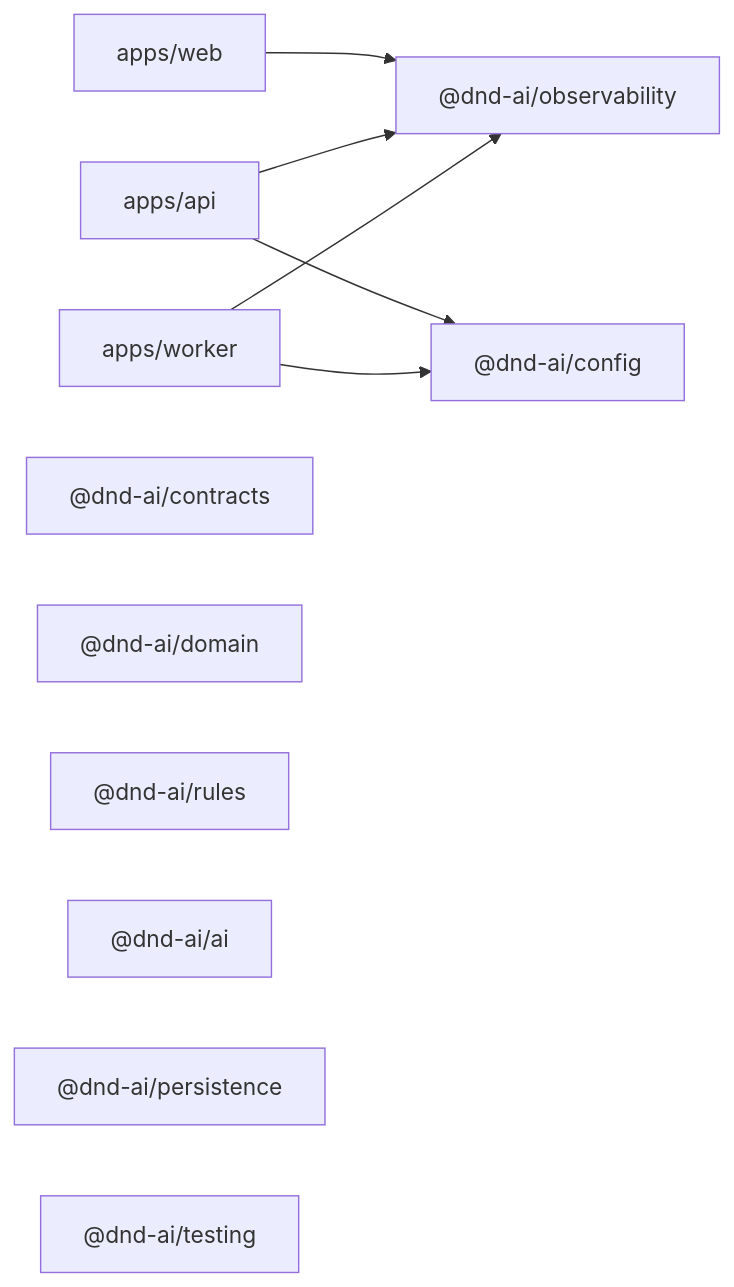
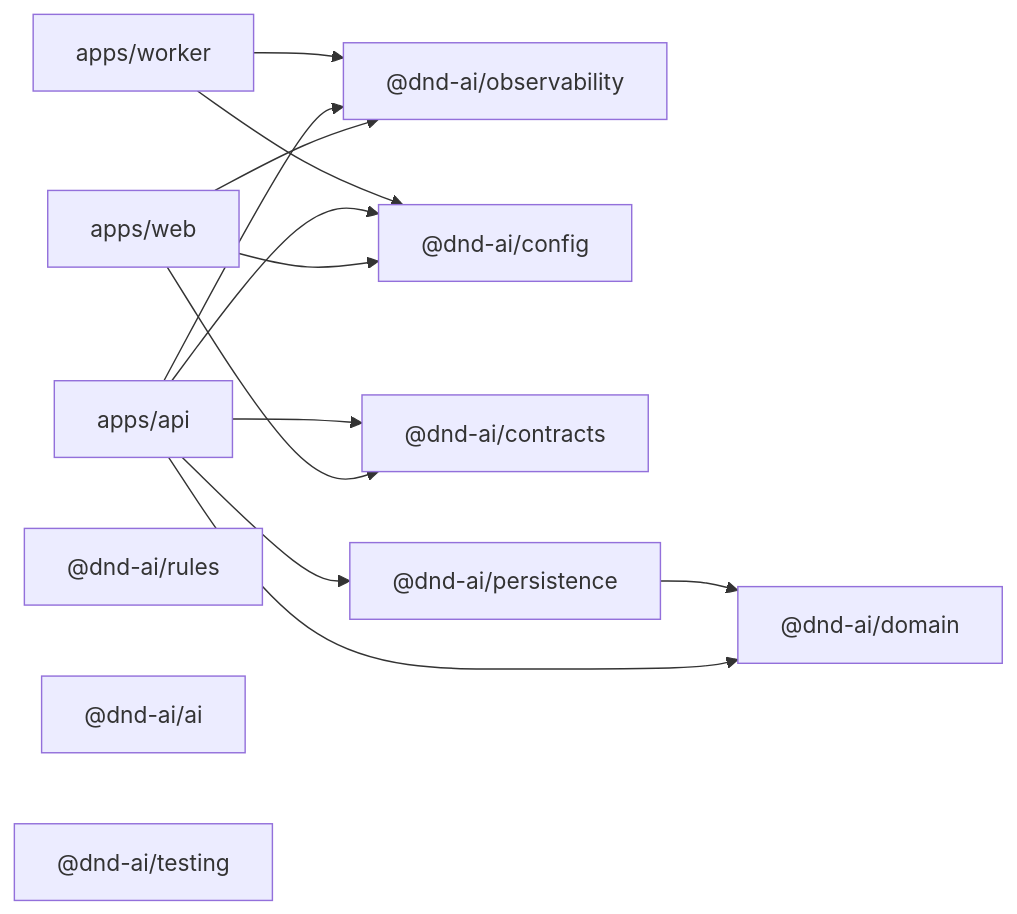
One commit to Emacore17/dnd-ai changed the first of 3 diagrams in docs/architecture/SYSTEM_OVERVIEW.md. Above: the diagram before and after it, drawn with Mermaid. The commit also changed other lines of this file and 130 other files, not shown here.

````diff
--- a/docs/architecture/SYSTEM_OVERVIEW.md
+++ b/docs/architecture/SYSTEM_OVERVIEW.md
@@ -96,14 +100,17 @@
 ```mermaid
 flowchart LR
     WEB["apps/web"] --> OBS["@dnd-ai/observability"]
+    WEB --> CFG["@dnd-ai/config"]
+    WEB --> CONTRACTS["@dnd-ai/contracts"]
     API["apps/api"] --> CFG["@dnd-ai/config"]
+    API --> CONTRACTS
+    API --> DOMAIN["@dnd-ai/domain"]
     API --> OBS
+    API --> PERSISTENCE["@dnd-ai/persistence"]
     WORKER["apps/worker"] --> CFG
     WORKER --> OBS
-    CONTRACTS["@dnd-ai/contracts"]
-    DOMAIN["@dnd-ai/domain"]
+    PERSISTENCE --> DOMAIN
     RULES["@dnd-ai/rules"]
     AI["@dnd-ai/ai"]
-    PERSISTENCE["@dnd-ai/persistence"]
     TESTING["@dnd-ai/testing"]
 ```
````
